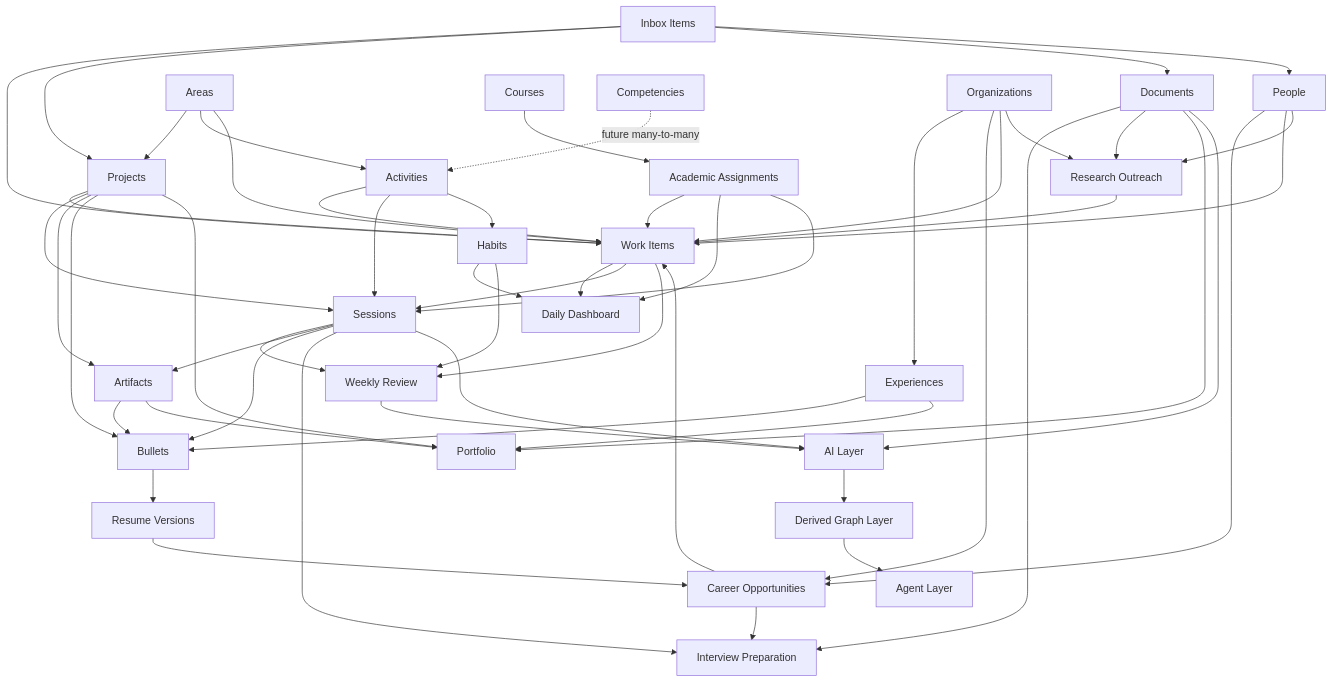
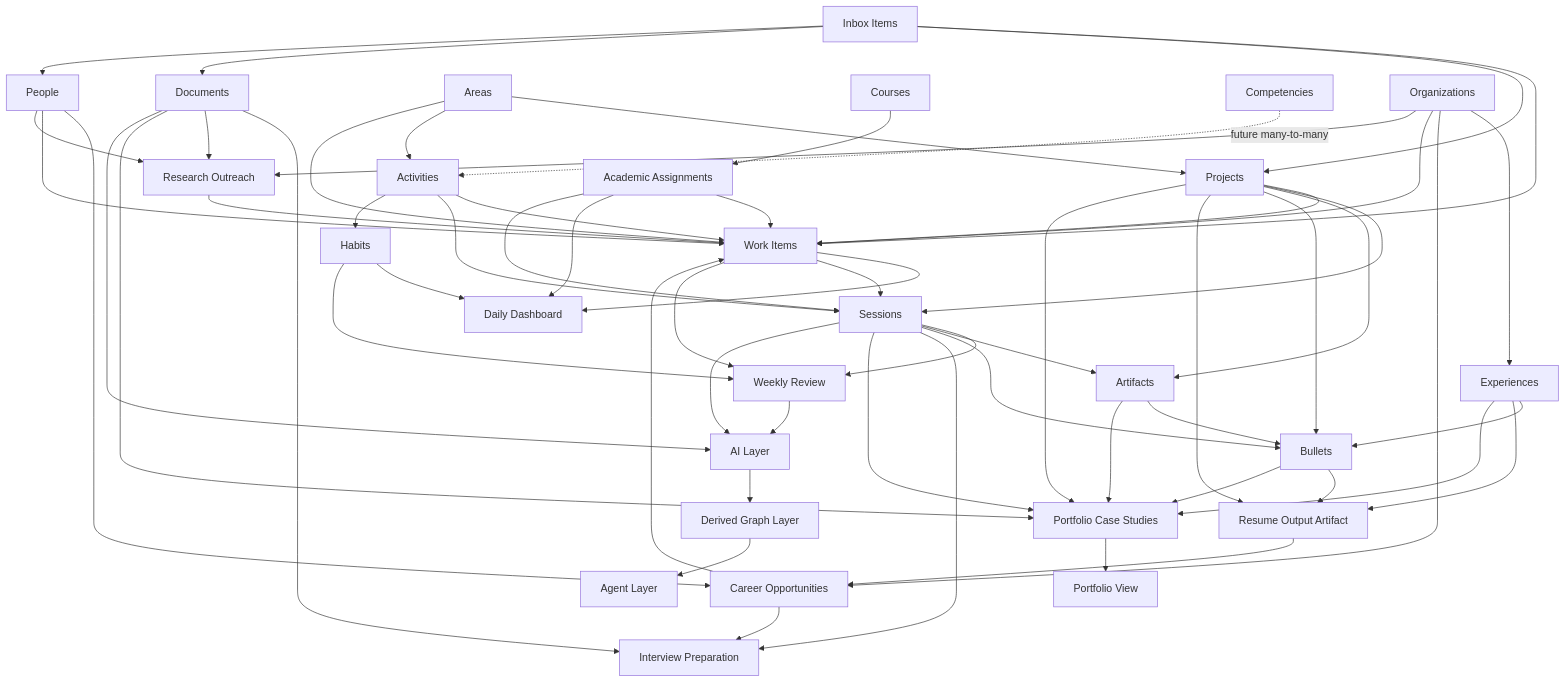
The diagram in docs/architecture.md (Aydinm1/ares), drawn with Mermaid before and after one commit. The commit also changed other lines of this file and 2 other files, not shown here.

````diff
--- a/docs/architecture.md
+++ b/docs/architecture.md
@@ -362,60 +412,65 @@
 ```mermaid
 flowchart TD
   Inbox[Inbox Items] --> WorkItems[Work Items]
   Inbox --> Projects
   Inbox --> Documents
   Inbox --> People
   Areas --> Projects
   Areas --> Activities
   Areas --> WorkItems
   Projects --> WorkItems
   Projects --> Sessions
   Activities --> WorkItems
   Activities --> Sessions
   Activities --> Habits
   WorkItems --> DailyDashboard[Daily Dashboard]
   Courses --> AcademicAssignments[Academic Assignments]
   AcademicAssignments --> WorkItems
   AcademicAssignments --> DailyDashboard
   AcademicAssignments --> Sessions
   WorkItems --> Sessions
   Habits --> DailyDashboard
   Sessions --> WeeklyReview[Weekly Review]
   WorkItems --> WeeklyReview
   Habits --> WeeklyReview
   Competencies -. future many-to-many .-> Activities
 
   Organizations --> Experiences
   Organizations --> CareerOpportunities[Career Opportunities]
   People --> CareerOpportunities
   Organizations --> WorkItems
   People --> WorkItems
   CareerOpportunities --> WorkItems
   Sessions --> Artifacts
   Projects --> Artifacts
   Experiences --> Bullets
   Projects --> Bullets
   Sessions --> Bullets
   Artifacts --> Bullets
-  Bullets --> ResumeVersions[Resume Versions]
-  ResumeVersions --> CareerOpportunities
+  Experiences --> ResumeOutput[Resume Output Artifact]
+  Projects --> ResumeOutput
+  Bullets --> ResumeOutput
+  ResumeOutput --> CareerOpportunities
   CareerOpportunities --> InterviewPrep[Interview Preparation]
   Sessions --> InterviewPrep
   Documents --> InterviewPrep
 
   Organizations --> ResearchOutreach[Research Outreach]
   People --> ResearchOutreach
   ResearchOutreach --> WorkItems
   Documents --> ResearchOutreach
 
-  Experiences --> Portfolio
-  Projects --> Portfolio
-  Artifacts --> Portfolio
-  Documents --> Portfolio
+  Experiences --> PortfolioCaseStudies[Portfolio Case Studies]
+  Projects --> PortfolioCaseStudies
+  Sessions --> PortfolioCaseStudies
+  Artifacts --> PortfolioCaseStudies
+  Documents --> PortfolioCaseStudies
+  Bullets --> PortfolioCaseStudies
+  PortfolioCaseStudies --> Portfolio[Portfolio View]
 
   WeeklyReview --> AILayer[AI Layer]
   Documents --> AILayer
   Sessions --> AILayer
   AILayer --> GraphLayer[Derived Graph Layer]
   GraphLayer --> AgentLayer[Agent Layer]
 ```
````
